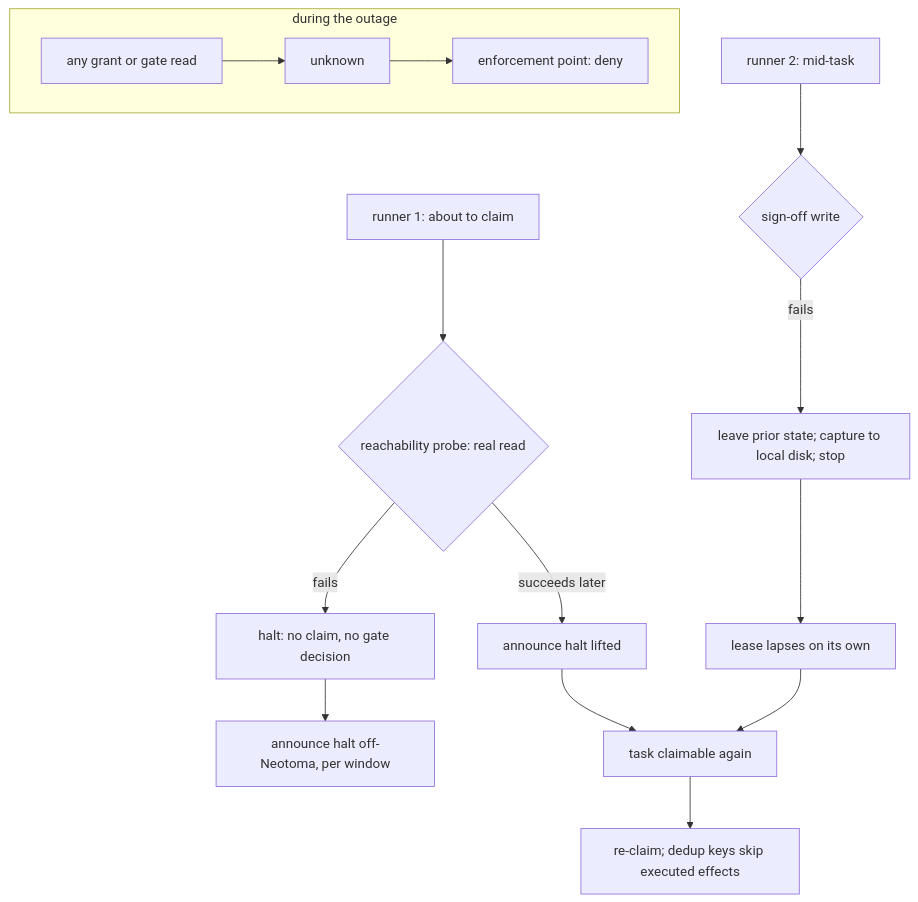
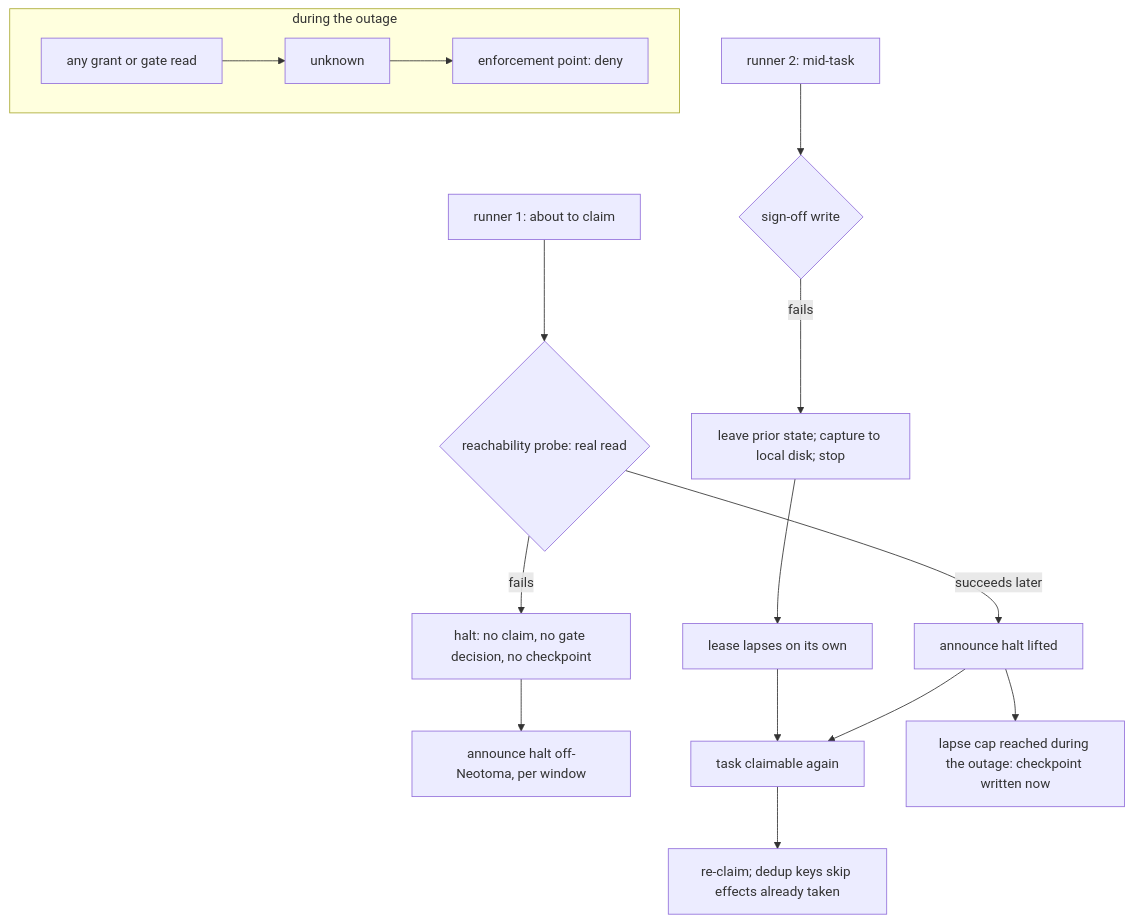
Before and after one commit to markmhendrickson/ateles: the fifth of 6 diagrams in docs/foundation/scenarios_extended.md, drawn with Mermaid. The commit also changed other lines of this file and 15 other files, not shown here.

````diff
--- a/docs/foundation/scenarios_extended.md
+++ b/docs/foundation/scenarios_extended.md
@@ -138,17 +142,18 @@
 ```mermaid
 flowchart TD
     R1[runner 1: about to claim] --> P{reachability probe: real read}
-    P -->|fails| H[halt: no claim, no gate decision]
+    P -->|fails| H[halt: no claim, no gate decision, no checkpoint]
     H --> AN[announce halt off-Neotoma, per window]
     R2[runner 2: mid-task] --> W{sign-off write}
     W -->|fails| L[leave prior state; capture to local disk; stop]
     L --> LP[lease lapses on its own]
     P -->|succeeds later| U[announce halt lifted]
     LP --> C[task claimable again]
     U --> C
-    C --> RC[re-claim; dedup keys skip executed effects]
+    U --> CK[lapse cap reached during the outage: checkpoint written now]
+    C --> RC[re-claim; dedup keys skip effects already taken]
     subgraph during the outage
         Q[any grant or gate read] --> UN[unknown]
         UN --> DN[enforcement point: deny]
     end
 ```
````
